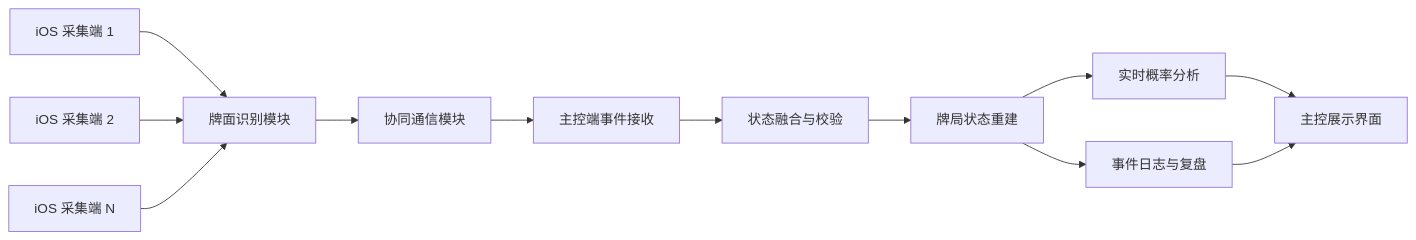
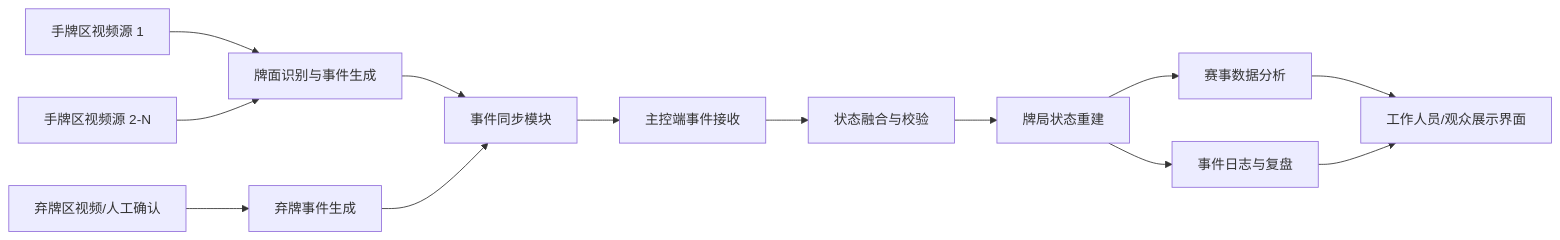
Before and after one commit to yuzhang-cao/MahjongVisionSync: the first of 3 diagrams in docs/system-design.md, drawn with Mermaid. The commit also changed other lines of this file and 4 other files, not shown here.

````diff
--- a/docs/system-design.md
+++ b/docs/system-design.md
@@ -62,14 +62,15 @@
 ```mermaid
 flowchart LR
-    A[iOS 采集端 1] --> B[牌面识别模块]
-    C[iOS 采集端 2] --> B
-    D[iOS 采集端 N] --> B
-    B --> E[协同通信模块]
-    E --> F[主控端事件接收]
-    F --> G[状态融合与校验]
-    G --> H[牌局状态重建]
-    H --> I[实时概率分析]
-    H --> J[事件日志与复盘]
-    I --> K[主控展示界面]
-    J --> K
+    A[手牌区视频源 1] --> B[牌面识别与事件生成]
+    C[手牌区视频源 2-N] --> B
+    D[弃牌区视频/人工确认] --> E[弃牌事件生成]
+    B --> F[事件同步模块]
+    E --> F
+    F --> G[主控端事件接收]
+    G --> H[状态融合与校验]
+    H --> I[牌局状态重建]
+    I --> J[赛事数据分析]
+    I --> K[事件日志与复盘]
+    J --> L[工作人员/观众展示界面]
+    K --> L
 ```
````
